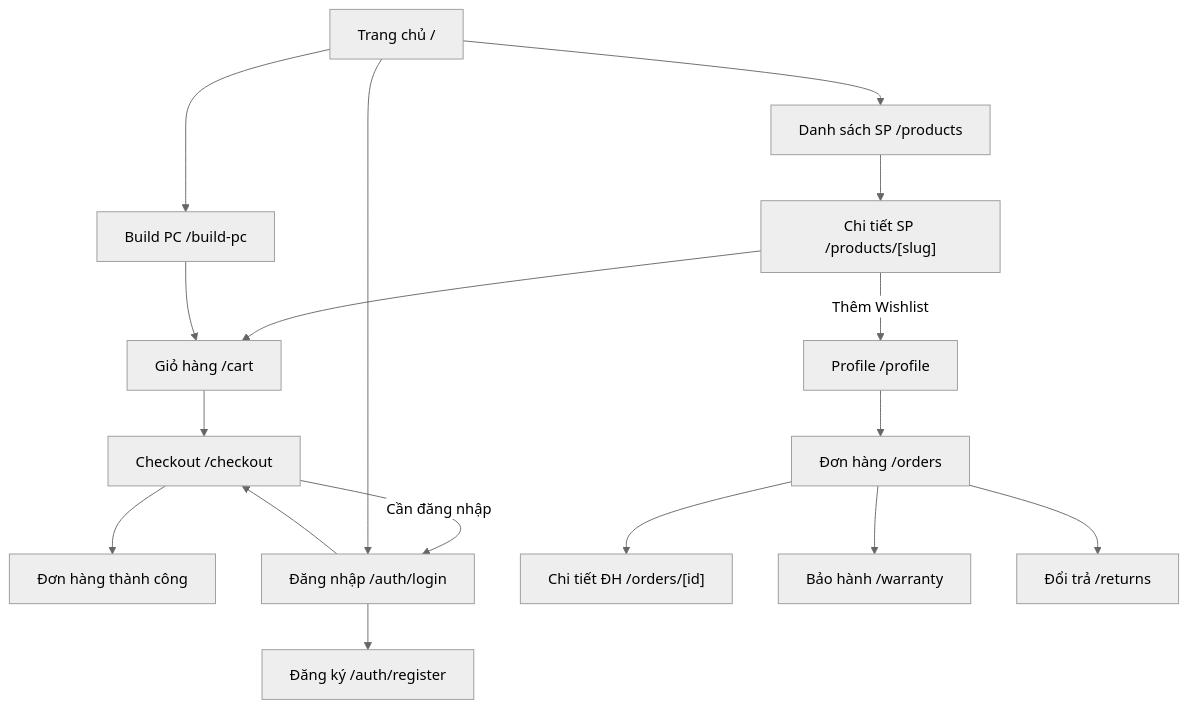
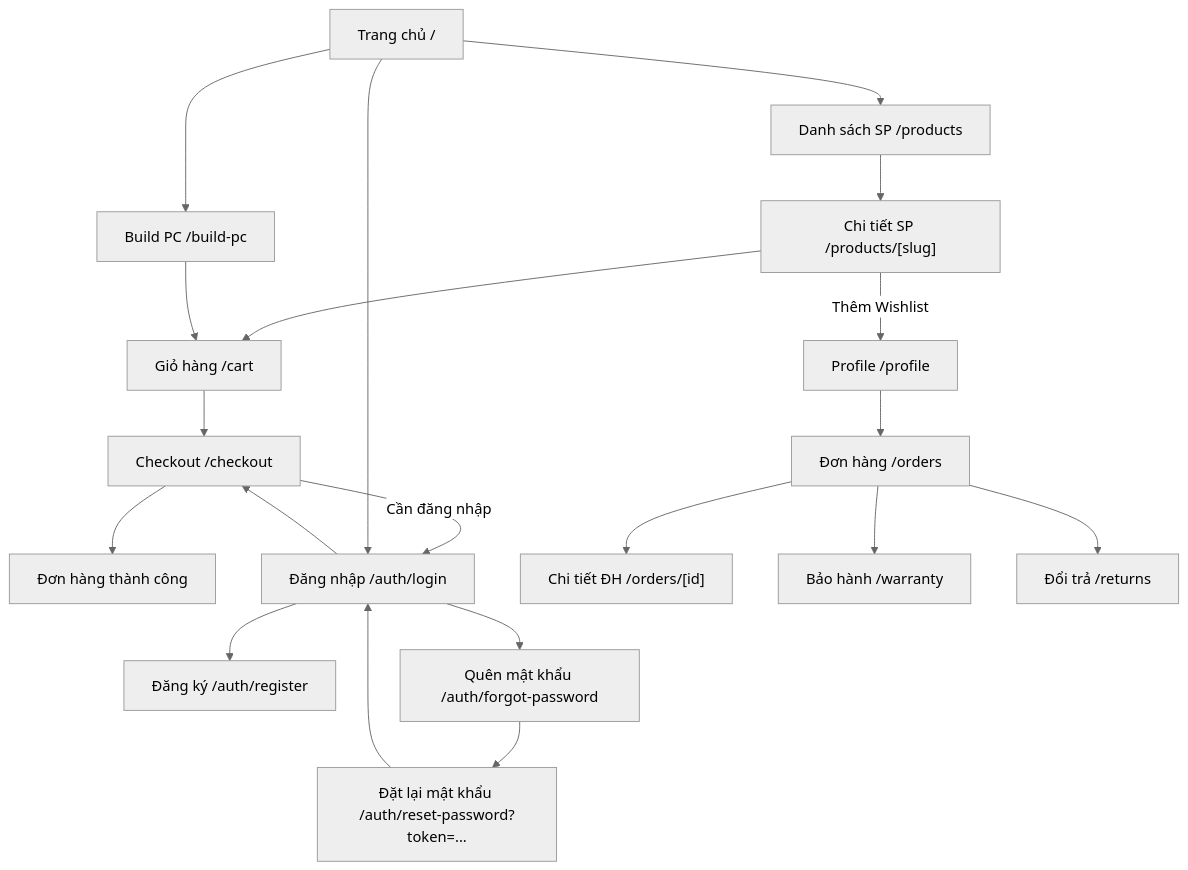
The diagram in docs/ui_ux_design.md (huuhieu56/PC-Parts-ECommerce), drawn with Mermaid (neutral theme) before and after one commit. The commit also changed other lines of this file and 3 other files, not shown here.

Commit message:
feat: add password reset functionality and update UI/UX design documentation

````diff
--- a/docs/ui_ux_design.md
+++ b/docs/ui_ux_design.md
@@ -277,30 +277,35 @@
 ```mermaid
 graph TD
     Home["Trang chủ /"]
     Products["Danh sách SP /products"]
     ProductDetail["Chi tiết SP /products/[slug]"]
     BuildPC["Build PC /build-pc"]
     Cart["Giỏ hàng /cart"]
     Checkout["Checkout /checkout"]
     OrderSuccess["Đơn hàng thành công"]
     Auth["Đăng nhập /auth/login"]
     Register["Đăng ký /auth/register"]
+    ForgotPassword["Quên mật khẩu /auth/forgot-password"]
+    ResetPassword["Đặt lại mật khẩu /auth/reset-password?token=..."]
     Profile["Profile /profile"]
     Orders["Đơn hàng /orders"]
     OrderDetail["Chi tiết ĐH /orders/[id]"]
     Warranty["Bảo hành /warranty"]
     Returns["Đổi trả /returns"]
 
     Home --> Products --> ProductDetail
     ProductDetail --> Cart
     ProductDetail -->|"Thêm Wishlist"| Profile
     BuildPC --> Cart
     Cart --> Checkout -->|"Cần đăng nhập"| Auth --> Checkout
     Checkout --> OrderSuccess
     Profile --> Orders --> OrderDetail
     Orders --> Warranty
     Orders --> Returns
     Home --> BuildPC
     Home --> Auth
     Auth --> Register
+    Auth --> ForgotPassword
+    ForgotPassword --> ResetPassword
+    ResetPassword --> Auth
 ```
````
